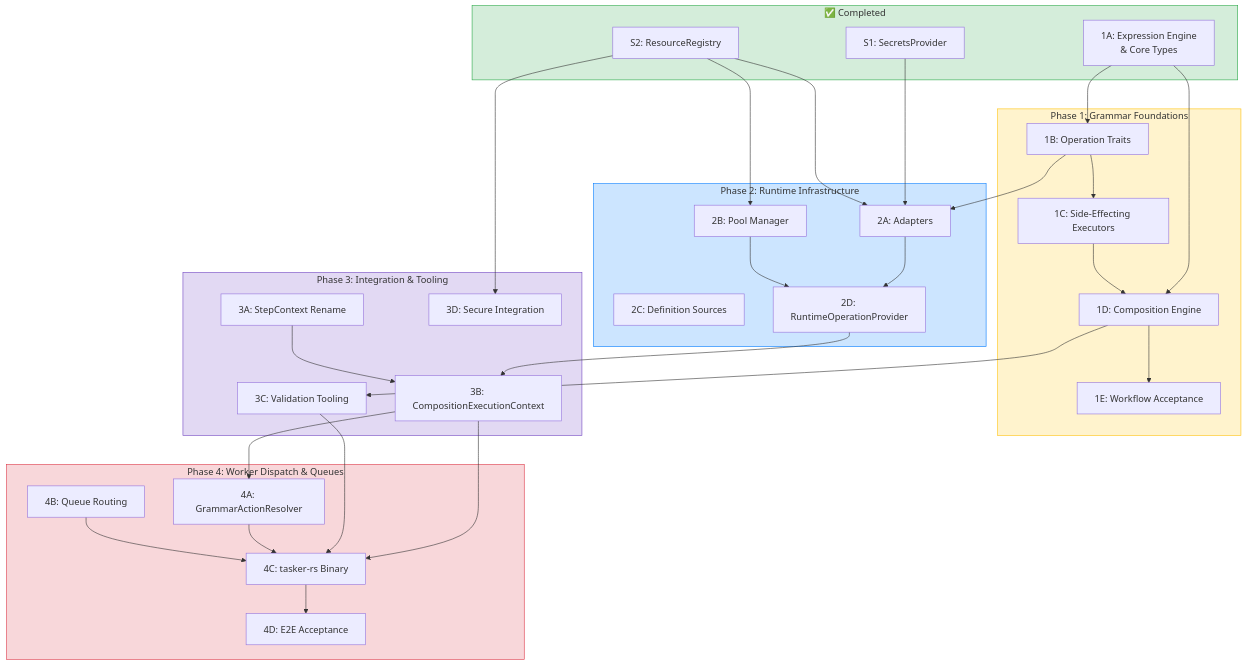
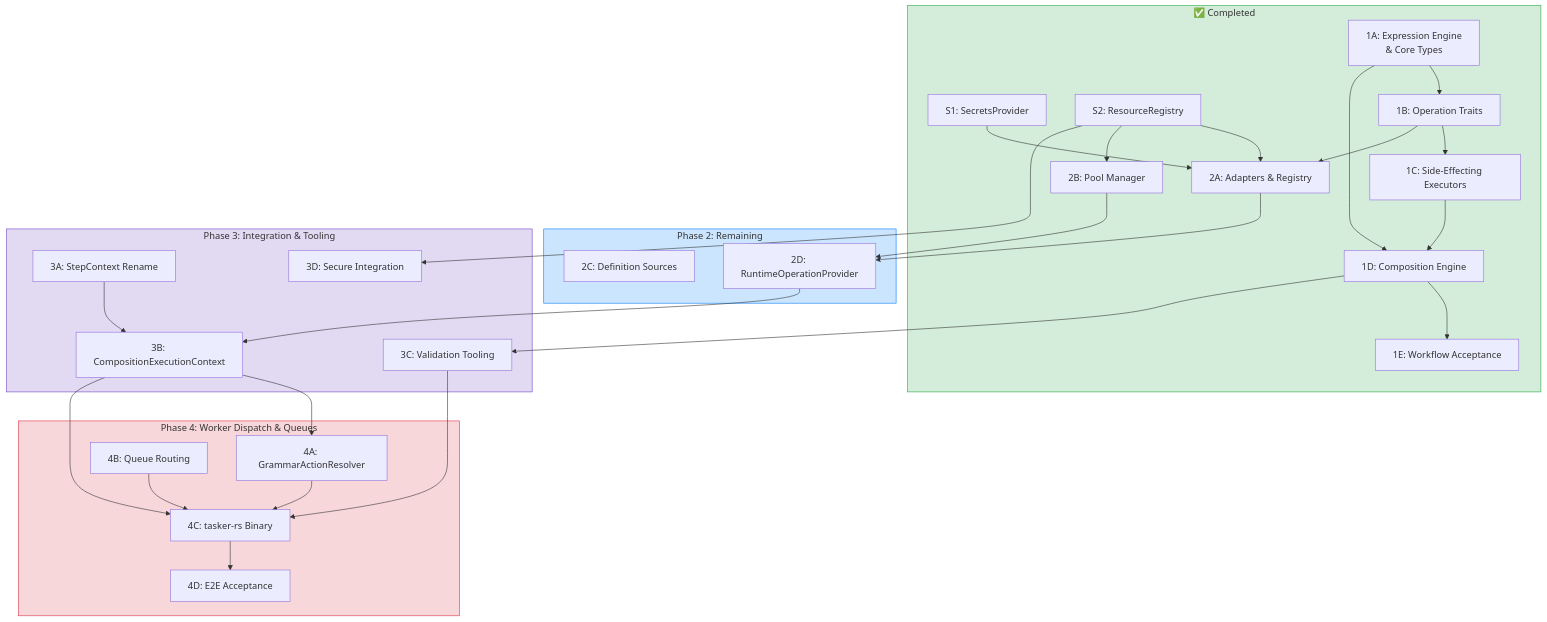
One commit to tasker-systems/tasker-core changed diagram 17 of 17 in docs/composition-architecture/dependency-diagrams.md. Above: the diagram before and after it, drawn with Mermaid. The commit also changed other lines of this file and 2 other files, not shown here.

First line of the commit message:
docs: reconcile composition architecture roadmap for Phase 1 completion and TAS-374/375

````diff
--- a/docs/composition-architecture/dependency-diagrams.md
+++ b/docs/composition-architecture/dependency-diagrams.md
@@ -318,75 +318,71 @@
 ```mermaid
 flowchart TD
     subgraph done["✅ Completed"]
         S1["S1: SecretsProvider"]
         S2["S2: ResourceRegistry"]
         L1A["1A: Expression Engine\n& Core Types"]
-    end
-
-    subgraph p1["Phase 1: Grammar Foundations"]
         L1B["1B: Operation Traits"]
         L1C["1C: Side-Effecting Executors"]
         L1D["1D: Composition Engine"]
         L1E["1E: Workflow Acceptance"]
+        L2A["2A: Adapters & Registry"]
+        L2B["2B: Pool Manager"]
     end
 
-    subgraph p2["Phase 2: Runtime Infrastructure"]
-        L2A["2A: Adapters"]
-        L2B["2B: Pool Manager"]
+    subgraph p2["Phase 2: Remaining"]
         L2C["2C: Definition Sources"]
         L2D["2D: RuntimeOperationProvider"]
     end
 
     subgraph p3["Phase 3: Integration & Tooling"]
         L3A["3A: StepContext Rename"]
         L3B["3B: CompositionExecutionContext"]
         L3C["3C: Validation Tooling"]
         L3D["3D: Secure Integration"]
     end
 
     subgraph p4["Phase 4: Worker Dispatch & Queues"]
         L4A["4A: GrammarActionResolver"]
         L4B["4B: Queue Routing"]
         L4C["4C: tasker-rs Binary"]
         L4D["4D: E2E Acceptance"]
     end
 
     %% From completed work
     L1A --> L1B
     L1A --> L1D
     S1 --> L2A
     S2 --> L2A
     S2 --> L2B
     S2 --> L3D
 
     %% Phase 1 internal
     L1B --> L1C
     L1C --> L1D
     L1D --> L1E
 
     %% Phase 1 → Phase 2
     L1B --> L2A
 
     %% Phase 2 internal
     L2A --> L2D
     L2B --> L2D
 
     %% Phase 2 → Phase 3
     L2D --> L3B
     L3A --> L3B
     L1D --> L3C
 
     %% Phase 3 → Phase 4
     L3B --> L4A
     L3B --> L4C
     L3C --> L4C
     L4A --> L4C
     L4B --> L4C
     L4C --> L4D
 
     style done fill:#d4edda,stroke:#28a745
-    style p1 fill:#fff3cd,stroke:#ffc107
     style p2 fill:#cce5ff,stroke:#007bff
     style p3 fill:#e2d9f3,stroke:#6f42c1
     style p4 fill:#f8d7da,stroke:#dc3545
 ```
````
